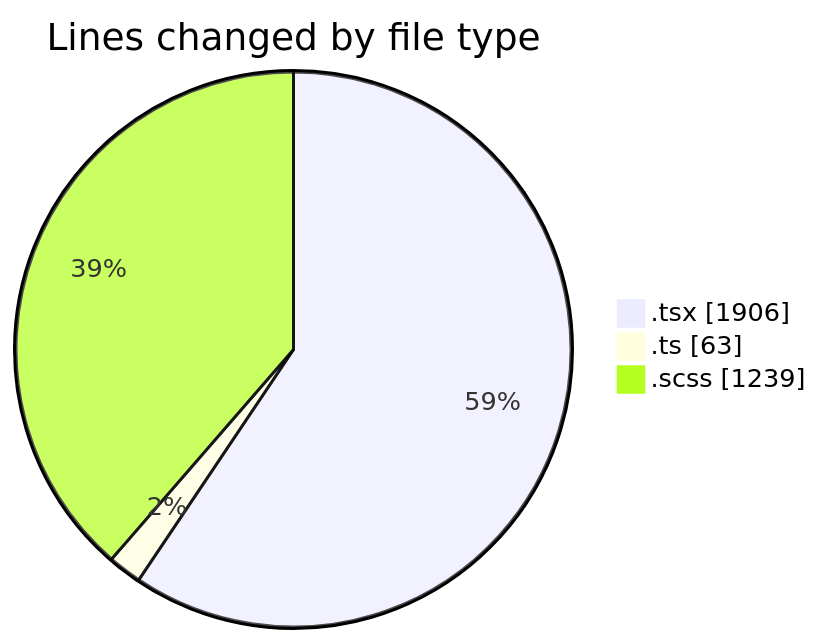
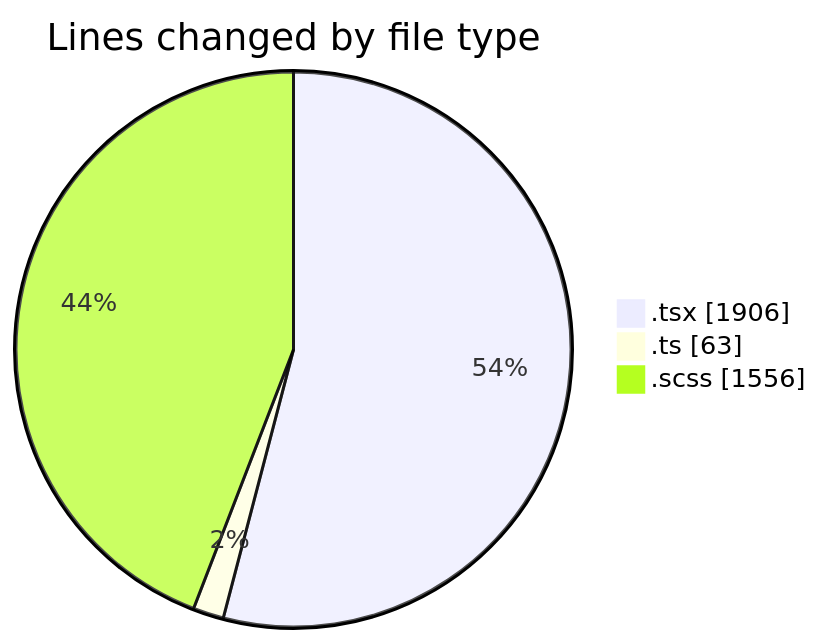
One commit to momahboobian/code-tracking changed the first of 2 diagrams in 2025-04-02/cda/README.md. Above: the diagram before and after it, drawn with Mermaid. The commit also changed other lines of this file and 1 other file, not shown here.

````diff
--- a/2025-04-02/cda/README.md
+++ b/2025-04-02/cda/README.md
@@ -30,7 +30,7 @@
 ```mermaid
 pie showData
 title Lines changed by file type
 ".tsx" : 1906
 ".ts" : 63
-".scss" : 1239
+".scss" : 1556
 ```
````
